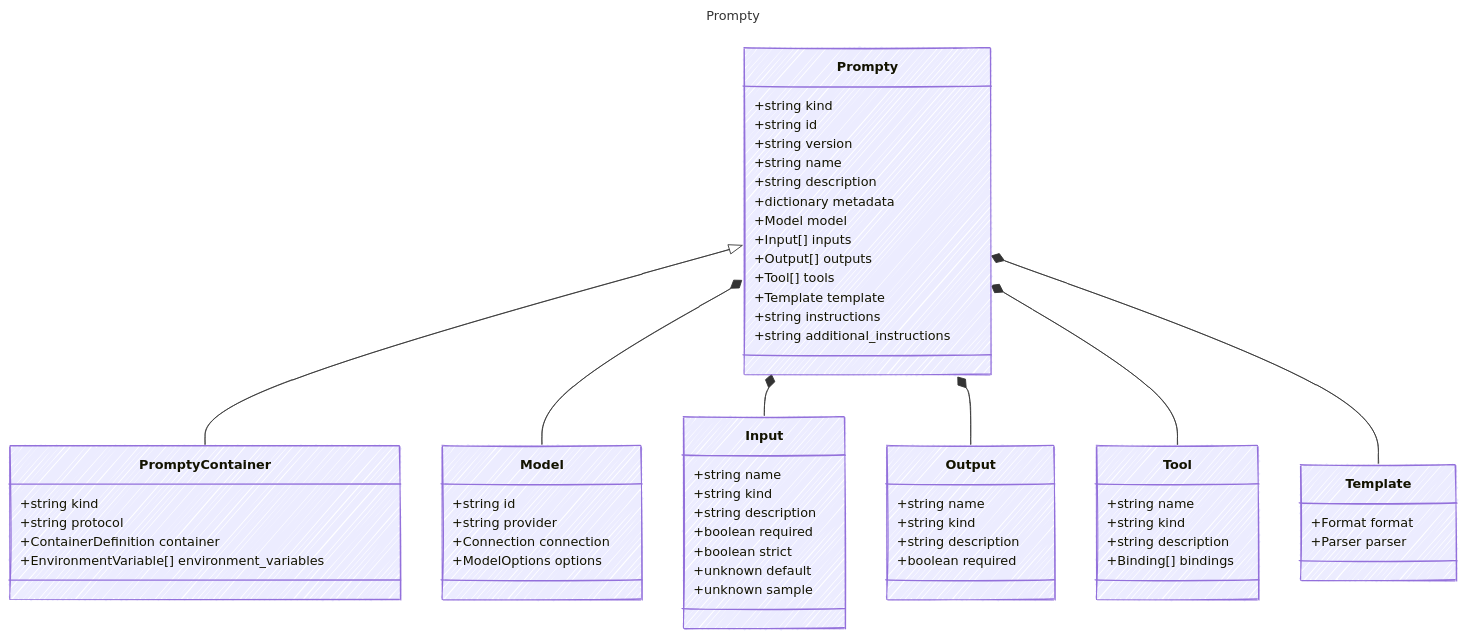
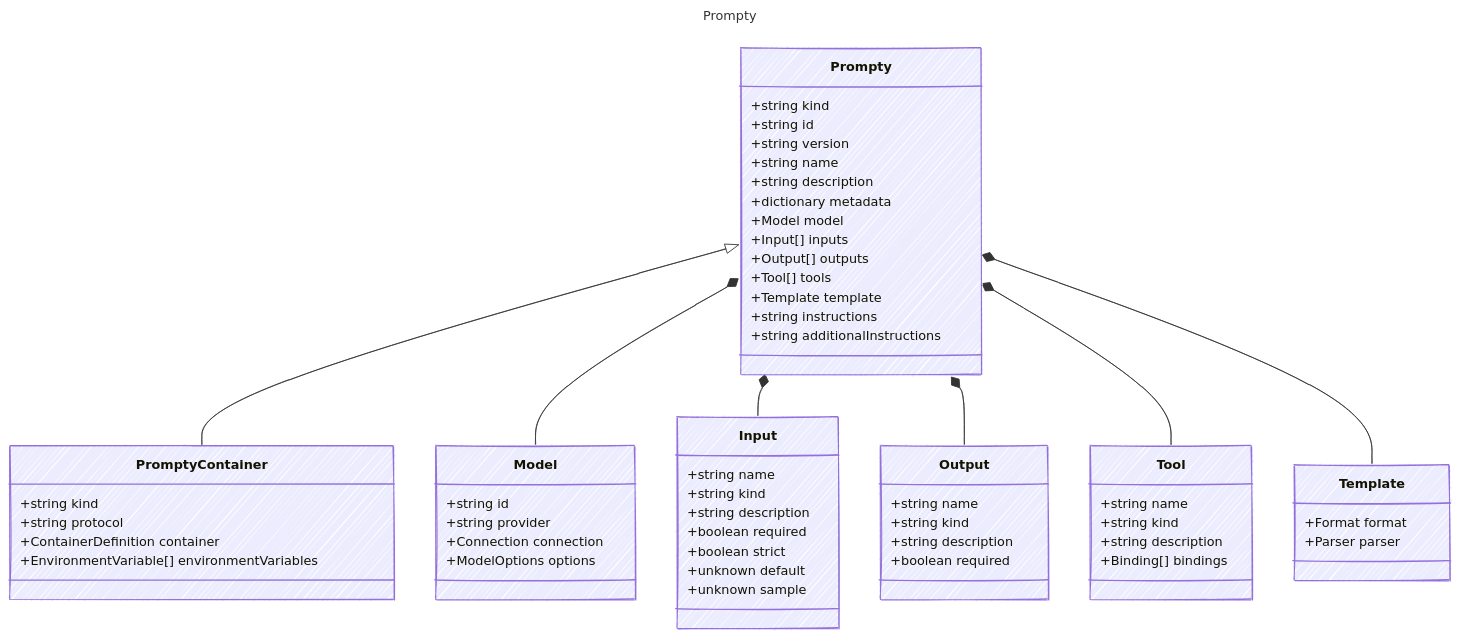
Before and after one commit to microsoft/prompty: the diagram in specification/prompty/docs/Prompty.md, drawn with Mermaid. The commit also changed other lines of this file and 14 other files, not shown here.

````diff
--- a/specification/prompty/docs/Prompty.md
+++ b/specification/prompty/docs/Prompty.md
@@ -12,70 +12,70 @@
 ```mermaid
 ---
 title: Prompty
 config:
   look: handDrawn
   theme: colorful
   class:
     hideEmptyMembersBox: true
 ---
 classDiagram
     class Prompty {
       
         +string kind
         +string id
         +string version
         +string name
         +string description
         +dictionary metadata
         +Model model
         +Input[] inputs
         +Output[] outputs
         +Tool[] tools
         +Template template
         +string instructions
-        +string additional_instructions
+        +string additionalInstructions
     }
     class PromptyContainer {
         +string kind
         +string protocol
         +ContainerDefinition container
-        +EnvironmentVariable[] environment_variables
+        +EnvironmentVariable[] environmentVariables
     }
     Prompty <|-- PromptyContainer
     class Model {
         +string id
         +string provider
         +Connection connection
         +ModelOptions options
     }
     Prompty *-- Model
     class Input {
         +string name
         +string kind
         +string description
         +boolean required
         +boolean strict
         +unknown default
         +unknown sample
     }
     Prompty *-- Input
     class Output {
         +string name
         +string kind
         +string description
         +boolean required
     }
     Prompty *-- Output
     class Tool {
         +string name
         +string kind
         +string description
         +Binding[] bindings
     }
     Prompty *-- Tool
     class Template {
         +Format format
         +Parser parser
     }
     Prompty *-- Template
 ```
````
